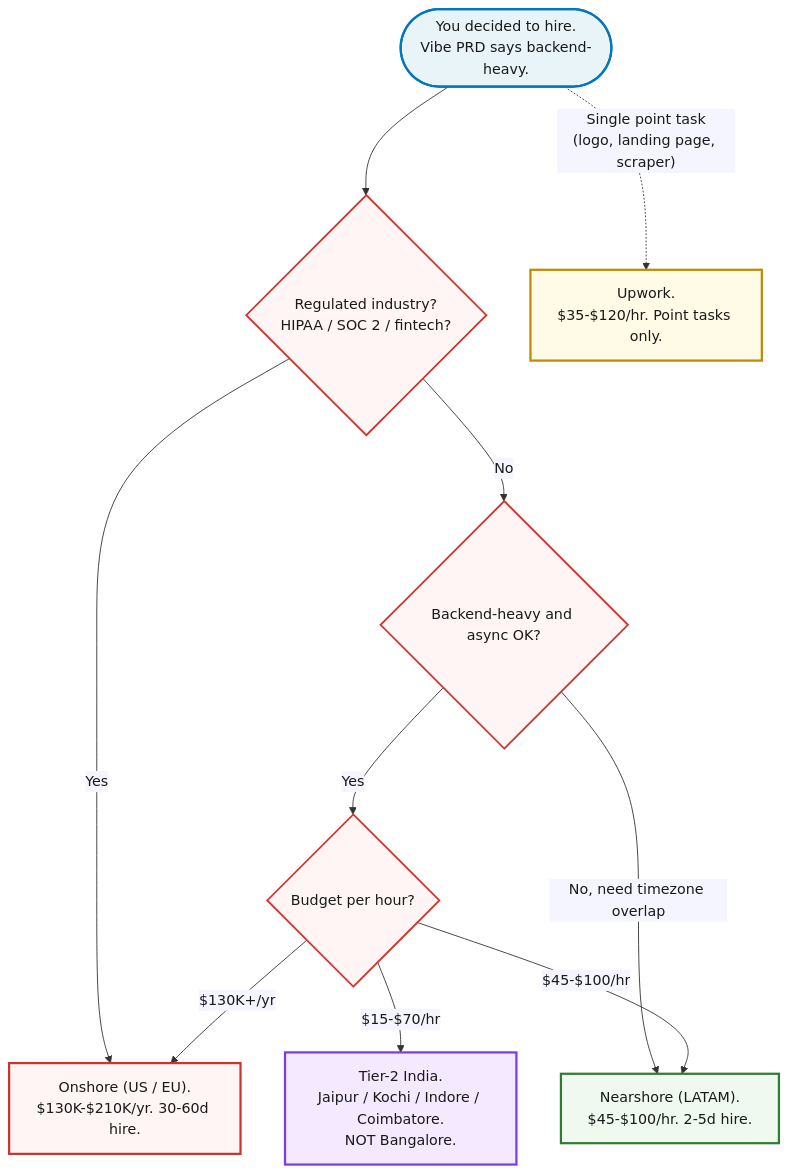
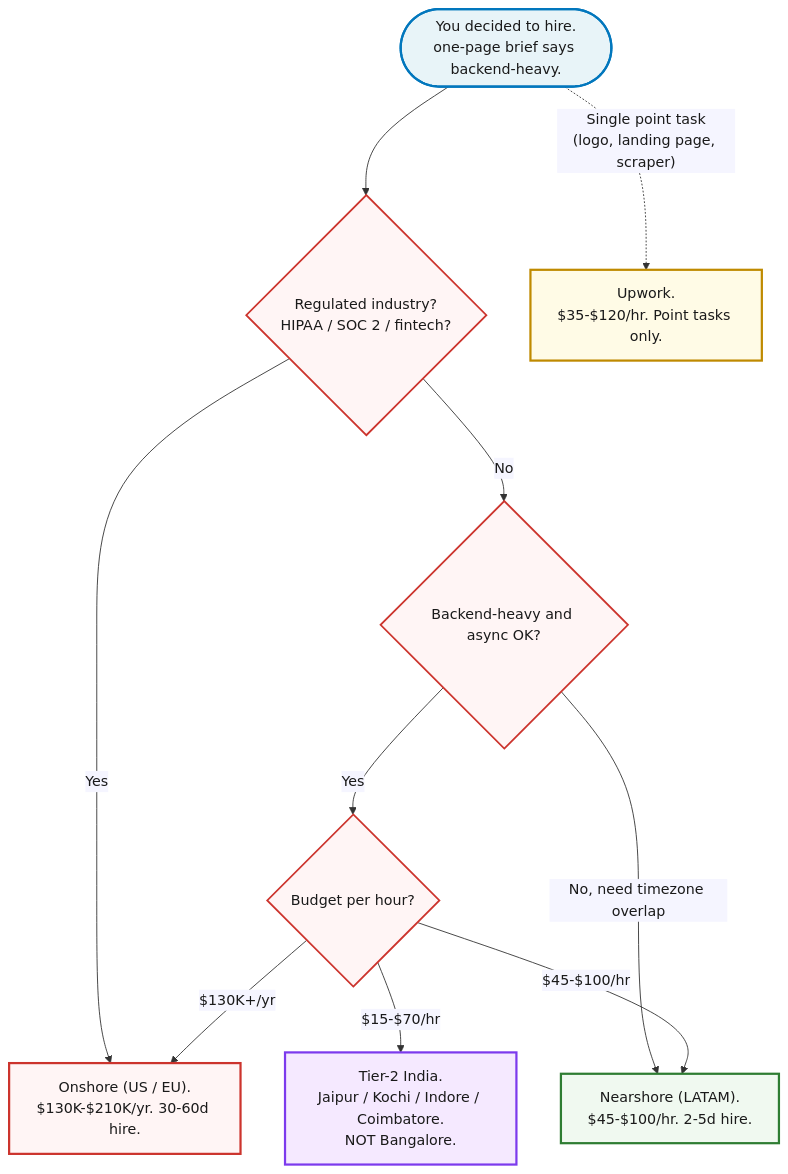
The diagram in content/course/tech-for-non-technical-founders-2026/hire-track-supplementary-reference/index.md (jetthoughts/jetthoughts.github.io), drawn with Mermaid before and after one commit. The commit also changed other lines of this file and 81 other files, not shown here.

````diff
--- a/content/course/tech-for-non-technical-founders-2026/hire-track-supplementary-reference/index.md
+++ b/content/course/tech-for-non-technical-founders-2026/hire-track-supplementary-reference/index.md
@@ -73,26 +73,26 @@
 ```mermaid
 %%{init: {'theme':'base', 'themeVariables': {'fontFamily':'Caveat, Patrick Hand, cursive', 'primaryColor':'#fff5f5', 'primaryBorderColor':'#cc342d', 'lineColor':'#333', 'primaryTextColor':'#1a1a1a'}}}%%
 flowchart TD
-  Start(["You decided to hire.<br/>Vibe PRD says backend-heavy."])
+  Start(["You decided to hire.<br/>one-page brief says backend-heavy."])
   Start --> Q1{"Regulated industry?<br/>HIPAA / SOC 2 / fintech?"}
   Q1 -->|Yes| Onshore["Onshore (US / EU).<br/>$130K-$210K/yr. 30-60d hire."]
   Q1 -->|No| Q2{"Backend-heavy and async OK?"}
   Q2 -->|Yes| Q3{"Budget per hour?"}
   Q2 -->|No, need timezone overlap| Nearshore["Nearshore (LATAM).<br/>$45-$100/hr. 2-5d hire."]
   Q3 -->|"$15-$70/hr"| Tier2["Tier-2 India.<br/>Jaipur / Kochi / Indore / Coimbatore.<br/>NOT Bangalore."]
   Q3 -->|"$45-$100/hr"| Nearshore
   Q3 -->|"$130K+/yr"| Onshore
   Start -.->|"Single point task<br/>(logo, landing page, scraper)"| Upwork["Upwork.<br/>$35-$120/hr. Point tasks only."]
   classDef start fill:#e8f4f8,stroke:#0277bd,stroke-width:2.5px,color:#1a1a1a
   classDef question fill:#fff5f5,stroke:#cc342d,stroke-width:2px,color:#1a1a1a
   classDef onshore fill:#fff5f5,stroke:#cc342d,stroke-width:2.5px,color:#1a1a1a
   classDef nearshore fill:#f0f9f0,stroke:#2e7d32,stroke-width:2.5px,color:#1a1a1a
   classDef tier2 fill:#f5e9ff,stroke:#7c3aed,stroke-width:2.5px,color:#1a1a1a
   classDef upwork fill:#fffbe6,stroke:#bf8a00,stroke-width:2.5px,color:#1a1a1a
   class Start start
   class Q1,Q2,Q3 question
   class Onshore onshore
   class Nearshore nearshore
   class Tier2 tier2
   class Upwork upwork
 ```
````
